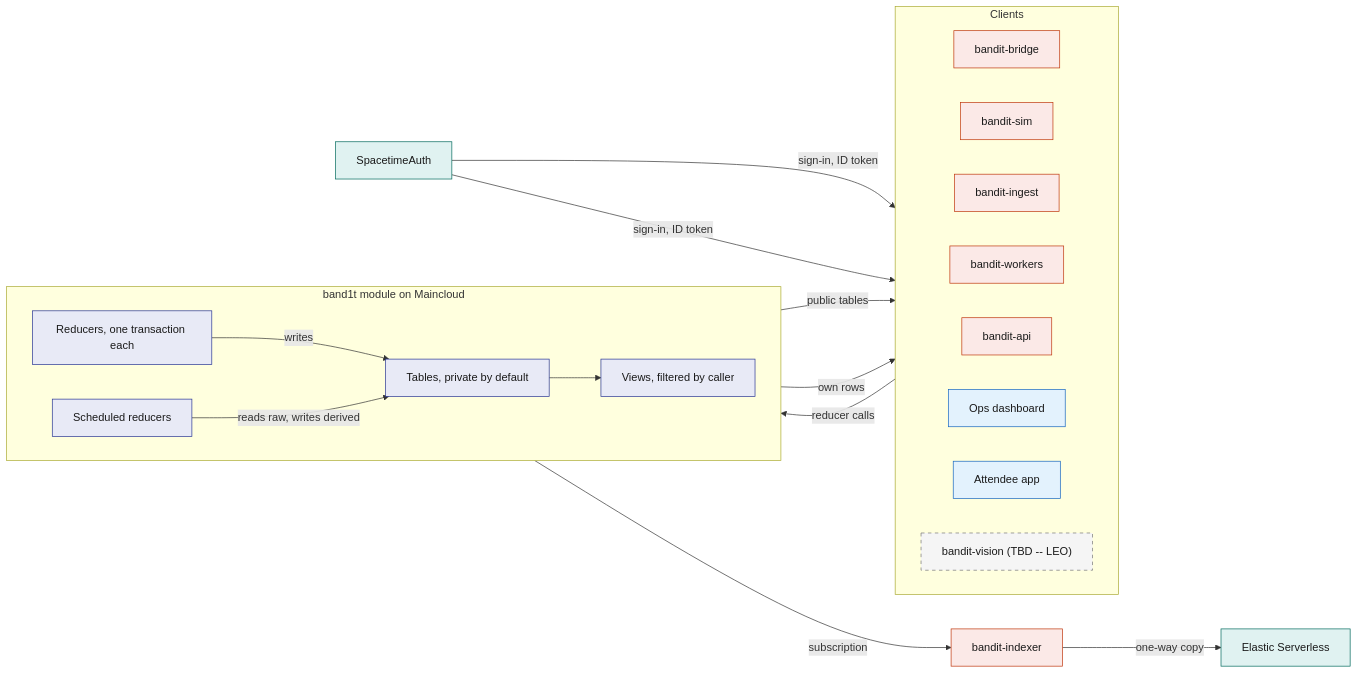
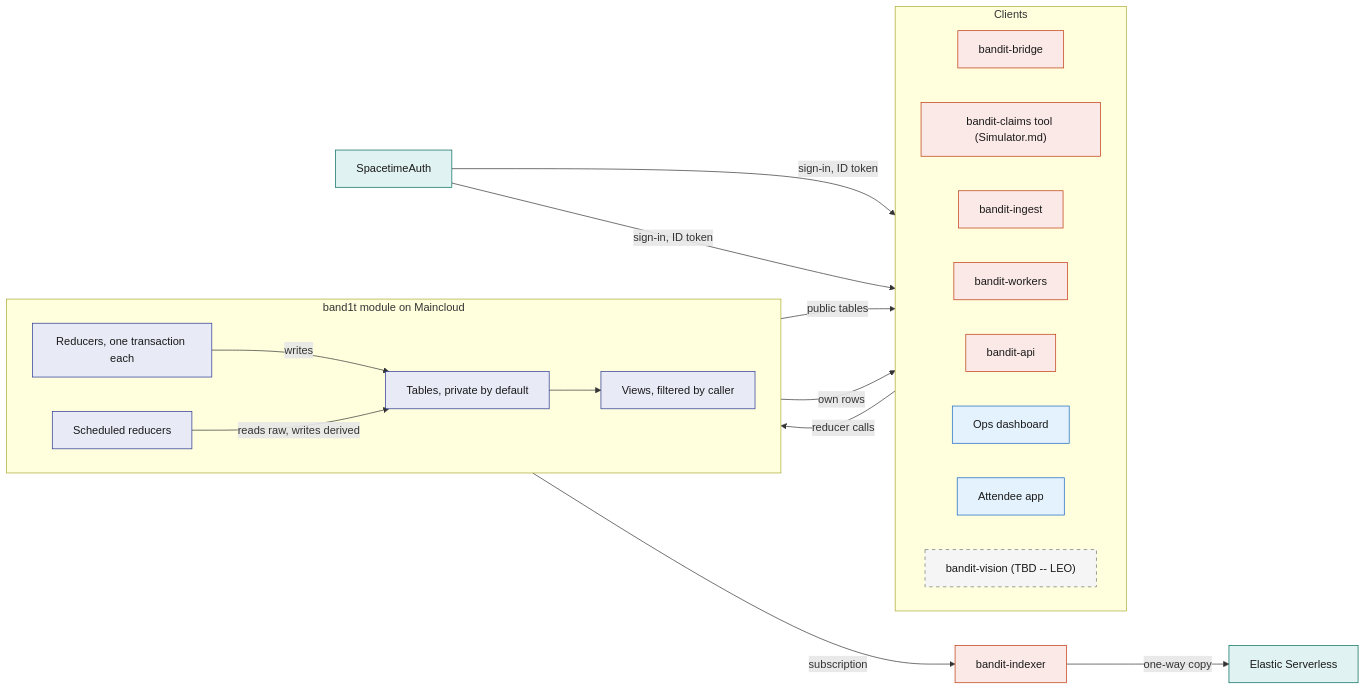
One commit to viktorinkov/cal-hacks-13 changed the first of 4 diagrams in System Design/2-data/SpacetimeDB.md. Above: the diagram before and after it, drawn with Mermaid. The commit also changed other lines of this file and 19 other files, not shown here.

````diff
--- a/System Design/2-data/SpacetimeDB.md
+++ b/System Design/2-data/SpacetimeDB.md
@@ -67,44 +67,44 @@
 ```mermaid
 flowchart LR
   subgraph clients ["Clients"]
     direction LR
     BR["bandit-bridge"]
-    SIM["bandit-sim"]
+    SIM["bandit-claims tool (Simulator.md)"]
     ING["bandit-ingest"]
     WRK["bandit-workers"]
     API["bandit-api"]
     OPS["Ops dashboard"]
     APP["Attendee app"]
     VIS["bandit-vision (TBD -- LEO)"]
   end
   subgraph module ["band1t module on Maincloud"]
     direction LR
     RED["Reducers, one transaction each"]
     SCH["Scheduled reducers"]
     TAB["Tables, private by default"]
     VIEW["Views, filtered by caller"]
   end
   IDX["bandit-indexer"]
   EL["Elastic Serverless"]
   AUTH["SpacetimeAuth"]
   AUTH -->|"sign-in, ID token"| OPS
   AUTH -->|"sign-in, ID token"| APP
   clients -->|"reducer calls"| RED
   RED -->|"writes"| TAB
   SCH -->|"reads raw, writes derived"| TAB
   TAB --> VIEW
   TAB -->|"public tables"| clients
   VIEW -->|"own rows"| clients
   TAB -->|"subscription"| IDX
   IDX -->|"one-way copy"| EL
   classDef rust fill:#FBE9E7,stroke:#BF360C,color:#1A1A1A
   classDef stdb fill:#E8EAF6,stroke:#283593,color:#1A1A1A
   classDef web fill:#E3F2FD,stroke:#1565C0,color:#1A1A1A
   classDef ext fill:#E0F2F1,stroke:#00695C,color:#1A1A1A
   classDef tbd fill:#F5F5F5,stroke:#757575,color:#1A1A1A,stroke-dasharray:5 5
   class BR,SIM,ING,WRK,API,IDX rust
   class RED,SCH,TAB,VIEW stdb
   class OPS,APP web
   class EL,AUTH ext
   class VIS tbd
 ```
````
